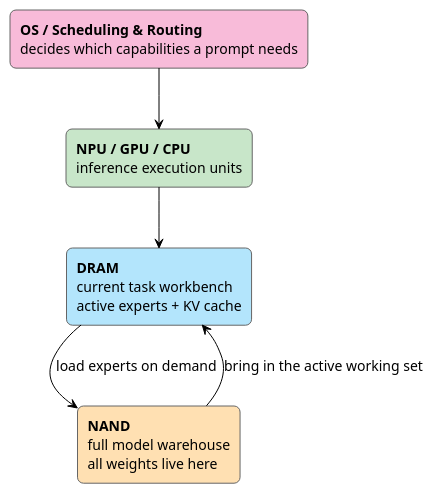
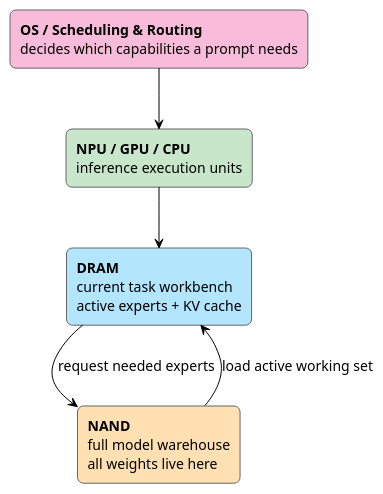
Before and after one commit to johnsonlee/blog: the diagram in source/_posts/ai-pc-local-inference.en.md, drawn with PlantUML. The commit also changed other lines of this file and 1 other file, not shown here.

````diff
--- a/source/_posts/ai-pc-local-inference.en.md
+++ b/source/_posts/ai-pc-local-inference.en.md
@@ -83,22 +117,22 @@
 ```plantuml
 @startuml
 !theme plain
 skinparam backgroundColor white
 skinparam defaultFontName Arial
 skinparam defaultFontSize 14
 skinparam rectangle {
     RoundCorner 12
     BorderColor #666666
 }
 
 rectangle "**OS / Scheduling & Routing**\ndecides which capabilities a prompt needs" as os #F8BBD9
 rectangle "**NPU / GPU / CPU**\ninference execution units" as exec #C8E6C9
 rectangle "**DRAM**\ncurrent task workbench\nactive experts + KV cache" as dram #B3E5FC
 rectangle "**NAND**\nfull model warehouse\nall weights live here" as nand #FFE0B2
 
 os --> exec
 exec --> dram
-dram --> nand : load experts on demand
-nand --> dram : bring in the active working set
+dram --> nand : request needed experts
+nand --> dram : load active working set
 @enduml
 ```
````
